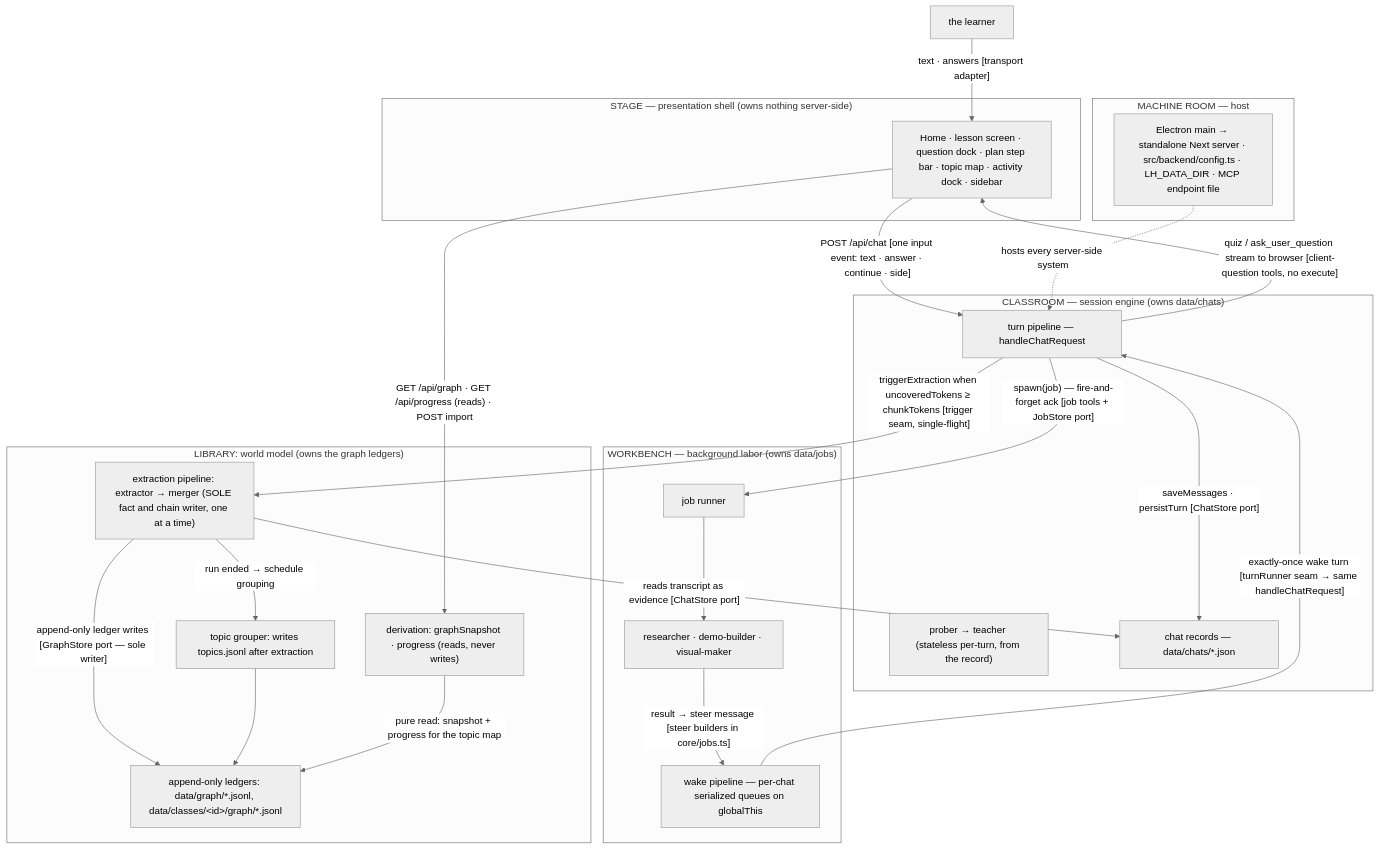
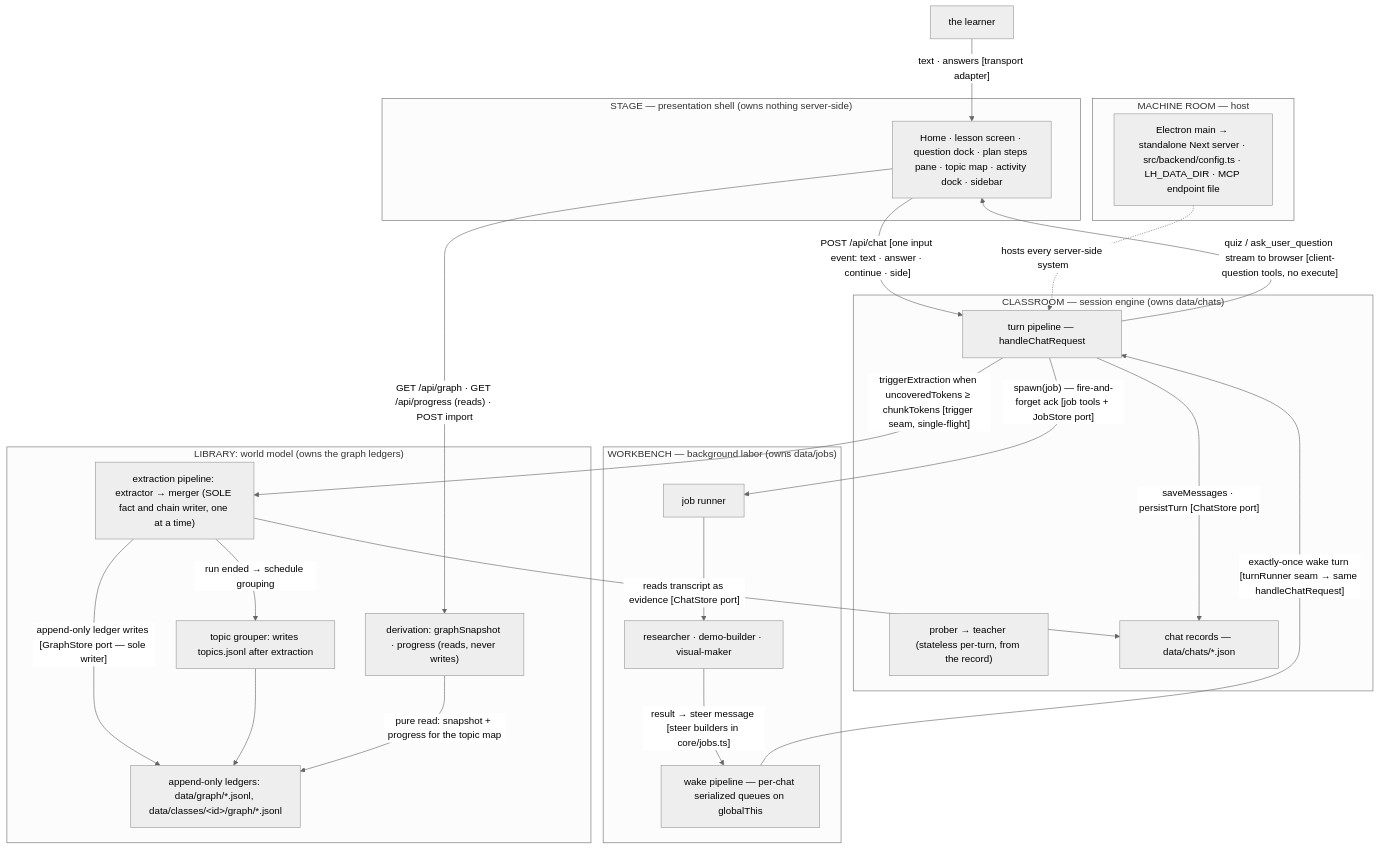
One commit to bayshores/godspeed changed the third of 7 diagrams in docs/architecture.md. Above: the diagram before and after it, drawn with Mermaid (neutral theme). The commit also changed other lines of this file and 10 other files, not shown here.

Commit message:
docs: new-look screenshots and README; fact count matches the grid, no graph divider

````diff
--- a/docs/architecture.md
+++ b/docs/architecture.md
@@ -215,48 +215,48 @@
 ```mermaid
 flowchart TB
     LEARNER["the learner"]
 
     subgraph STAGE["STAGE — presentation shell (owns nothing server-side)"]
-        UI["Home · lesson screen · question dock · plan step bar · topic map · activity dock · sidebar"]
+        UI["Home · lesson screen · question dock · plan steps pane · topic map · activity dock · sidebar"]
     end
 
     subgraph CLASSROOM["CLASSROOM — session engine (owns data/chats)"]
         TURN["turn pipeline — handleChatRequest"]
         AGENTS["prober → teacher (stateless per-turn, from the record)"]
         CHATDATA["chat records — data/chats/*.json"]
     end
 
     subgraph WORKBENCH["WORKBENCH — background labor (owns data/jobs)"]
         JOBRUN["job runner"]
         SUBAGENTS["researcher · demo-builder · visual-maker"]
         WAKE["wake pipeline — per-chat serialized queues on globalThis"]
     end
 
     subgraph LIBRARY["LIBRARY: world model (owns the graph ledgers)"]
         EXTRACT["extraction pipeline: extractor → merger (SOLE fact and chain writer, one at a time)"]
         TOPICS["topic grouper: writes topics.jsonl after extraction"]
         DERIVE["derivation: graphSnapshot · progress (reads, never writes)"]
         GRAPHDATA["append-only ledgers: data/graph/*.jsonl, data/classes/&lt;id&gt;/graph/*.jsonl"]
     end
 
     subgraph ROOM["MACHINE ROOM — host"]
         HOST["Electron main → standalone Next server · src/backend/config.ts · LH_DATA_DIR · MCP endpoint file"]
     end
 
     LEARNER -->|"text · answers [transport adapter]"| UI
     UI -->|"POST /api/chat [one input event: text · answer · continue · side]"| TURN
     TURN -->|"quiz / ask_user_question stream to browser [client-question tools, no execute]"| UI
     TURN -->|"saveMessages · persistTurn [ChatStore port]"| CHATDATA
     TURN -->|"spawn(job) — fire-and-forget ack [job tools + JobStore port]"| JOBRUN
     JOBRUN --> SUBAGENTS
     SUBAGENTS -->|"result → steer message [steer builders in core/jobs.ts]"| WAKE
     WAKE -->|"exactly-once wake turn [turnRunner seam → same handleChatRequest]"| TURN
     TURN -->|"triggerExtraction when uncoveredTokens ≥ chunkTokens [trigger seam, single-flight]"| EXTRACT
     EXTRACT -->|"reads transcript as evidence [ChatStore port]"| CHATDATA
     EXTRACT -->|"append-only ledger writes [GraphStore port — sole writer]"| GRAPHDATA
     EXTRACT -->|"run ended → schedule grouping"| TOPICS
     TOPICS --> GRAPHDATA
     DERIVE -->|"pure read: snapshot + progress for the topic map"| GRAPHDATA
     UI -->|"GET /api/graph · GET /api/progress (reads) · POST import"| DERIVE
     HOST -.->|"hosts every server-side system"| TURN
 ```
````
